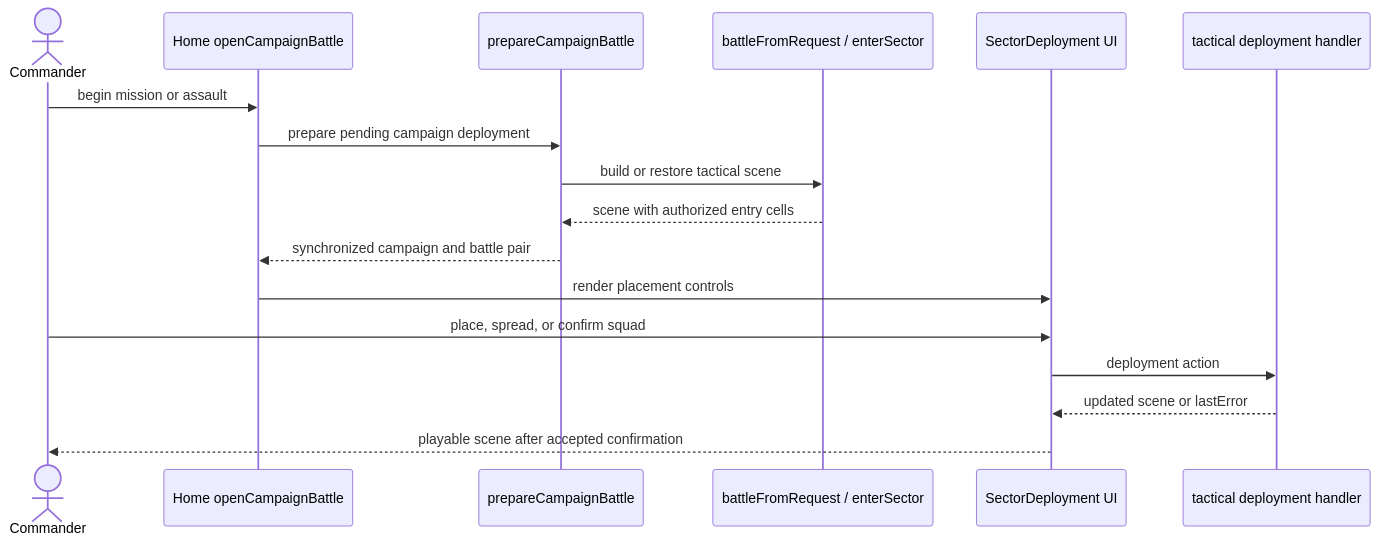
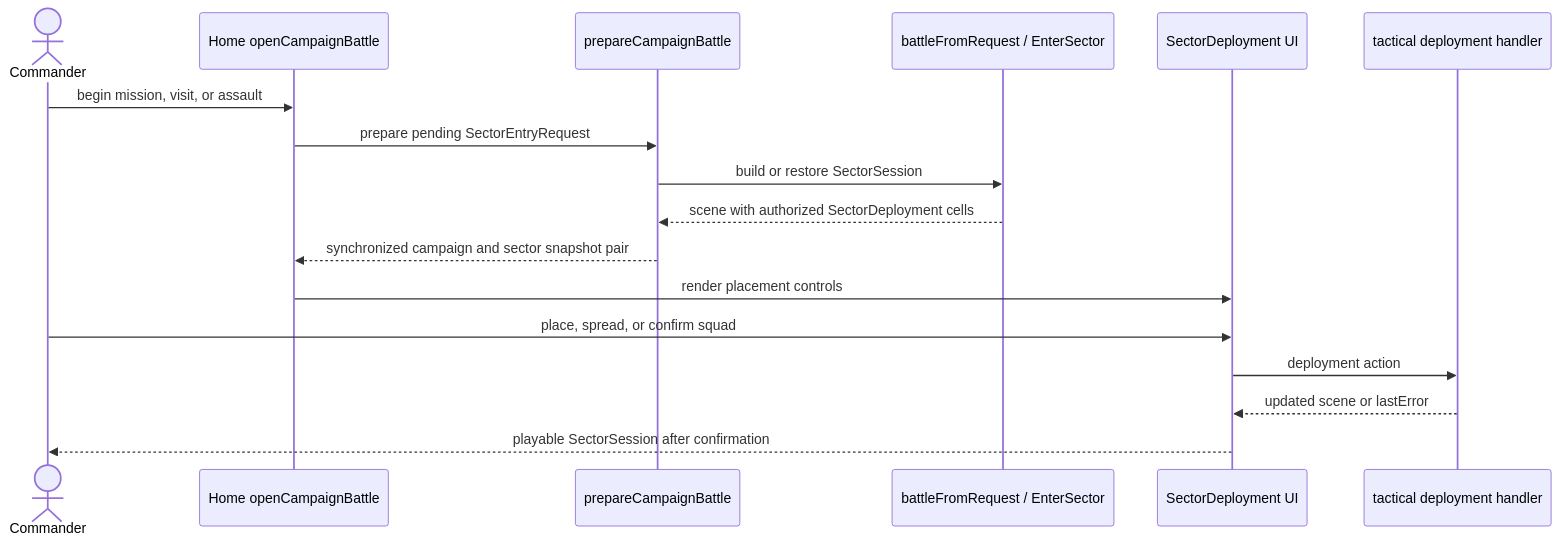
One commit to fsodano/granaderos changed the first of 2 diagrams in docs/architecture/use-cases/tactical.md. Above: the diagram before and after it, drawn with Mermaid. The commit also changed other lines of this file and 1182 other files, not shown here.

````diff
--- a/docs/architecture/use-cases/tactical.md
+++ b/docs/architecture/use-cases/tactical.md
@@ -105,19 +104,19 @@
 ```mermaid
 sequenceDiagram
   actor Commander
   participant H as Home openCampaignBattle
   participant BH as prepareCampaignBattle
-  participant W as battleFromRequest / enterSector
+  participant W as battleFromRequest / EnterSector
   participant D as SectorDeployment UI
   participant T as tactical deployment handler
-  Commander->>H: begin mission or assault
-  H->>BH: prepare pending campaign deployment
-  BH->>W: build or restore tactical scene
-  W-->>BH: scene with authorized entry cells
-  BH-->>H: synchronized campaign and battle pair
+  Commander->>H: begin mission, visit, or assault
+  H->>BH: prepare pending SectorEntryRequest
+  BH->>W: build or restore SectorSession
+  W-->>BH: scene with authorized SectorDeployment cells
+  BH-->>H: synchronized campaign and sector snapshot pair
   H->>D: render placement controls
   Commander->>D: place, spread, or confirm squad
   D->>T: deployment action
   T-->>D: updated scene or lastError
-  D-->>Commander: playable scene after accepted confirmation
+  D-->>Commander: playable SectorSession after confirmation
 ```
````
